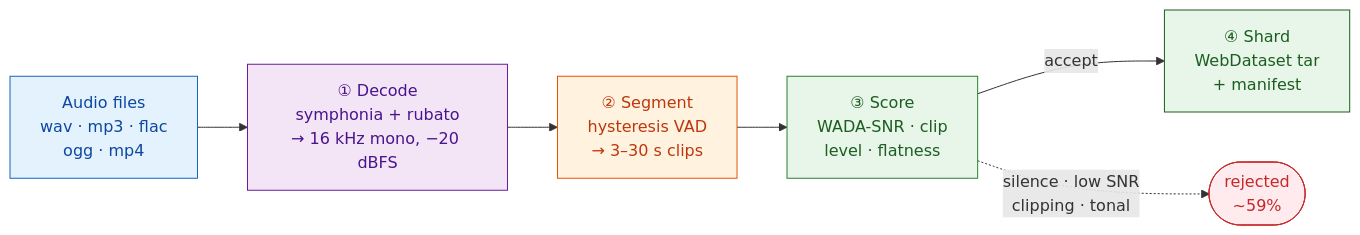
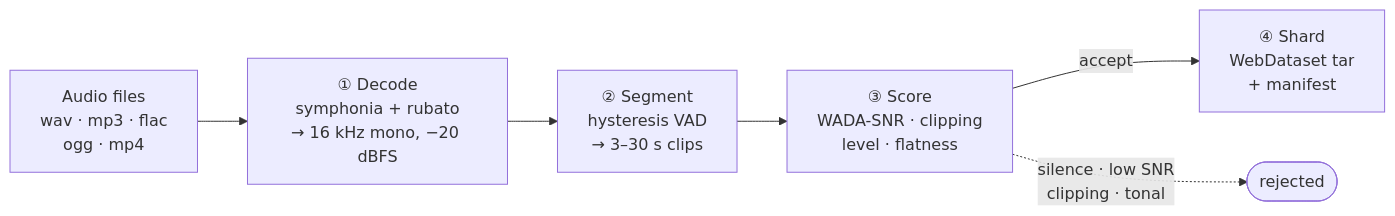
Before and after one commit to kunalgoesbyken/AeroSieve: the diagram in README.md, drawn with Mermaid. The commit also changed other lines of this file and 59 other files, not shown here.

````diff
--- a/README.md
+++ b/README.md
@@ -15,20 +13,13 @@
 ```mermaid
 flowchart LR
     SRC["Audio files<br/>wav · mp3 · flac<br/>ogg · mp4"]
     DEC["① Decode<br/>symphonia + rubato<br/>→ 16 kHz mono, −20 dBFS"]
     SEG["② Segment<br/>hysteresis VAD<br/>→ 3–30 s clips"]
-    SCO["③ Score<br/>WADA-SNR · clip<br/>level · flatness"]
+    SCO["③ Score<br/>WADA-SNR · clipping<br/>level · flatness"]
     SHD["④ Shard<br/>WebDataset tar<br/>+ manifest"]
-    REJ(["rejected<br/>~59%"])
+    REJ(["rejected"])
 
     SRC --> DEC --> SEG --> SCO
     SCO -->|accept| SHD
     SCO -.->|silence · low SNR<br/>clipping · tonal| REJ
-
-    style SRC fill:#e3f2fd,stroke:#1565c0,color:#0d47a1
-    style DEC fill:#f3e5f5,stroke:#6a1b9a,color:#4a148c
-    style SEG fill:#fff3e0,stroke:#e65100,color:#bf360c
-    style SCO fill:#e8f5e9,stroke:#2e7d32,color:#1b5e20
-    style SHD fill:#e8f5e9,stroke:#1b5e20,color:#1b5e20
-    style REJ fill:#ffebee,stroke:#c62828,color:#c62828
 ```
````
